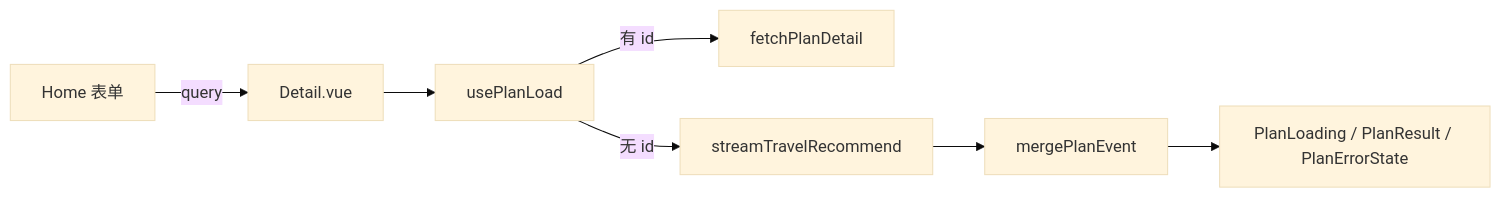
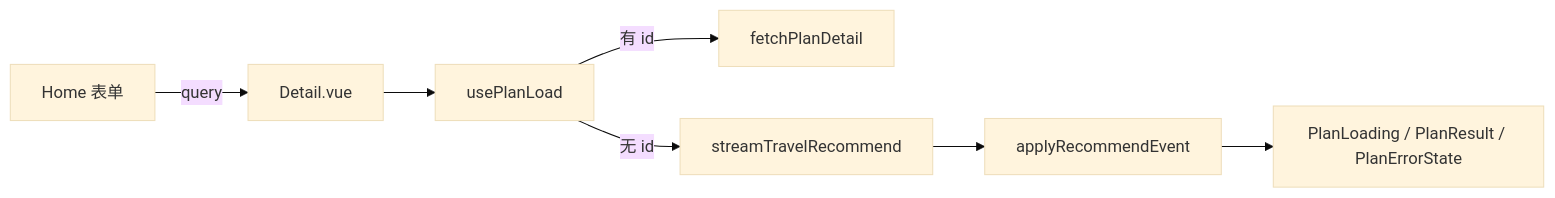
Before and after one commit to Ava-txp/travel-agent-H5: the third of 3 diagrams in README.md, drawn with Mermaid (base theme). The commit also changed other lines of this file, not shown here.

````diff
--- a/README.md
+++ b/README.md
@@ -236,9 +242,9 @@
 ```mermaid
 flowchart LR
   Home[Home 表单] -->|query| Detail[Detail.vue]
   Detail --> Load[usePlanLoad]
   Load -->|有 id| REST[fetchPlanDetail]
   Load -->|无 id| SSE[streamTravelRecommend]
-  SSE --> Merge[mergePlanEvent]
+  SSE --> Merge[applyRecommendEvent]
   Merge --> UI[PlanLoading / PlanResult / PlanErrorState]
 ```
````
